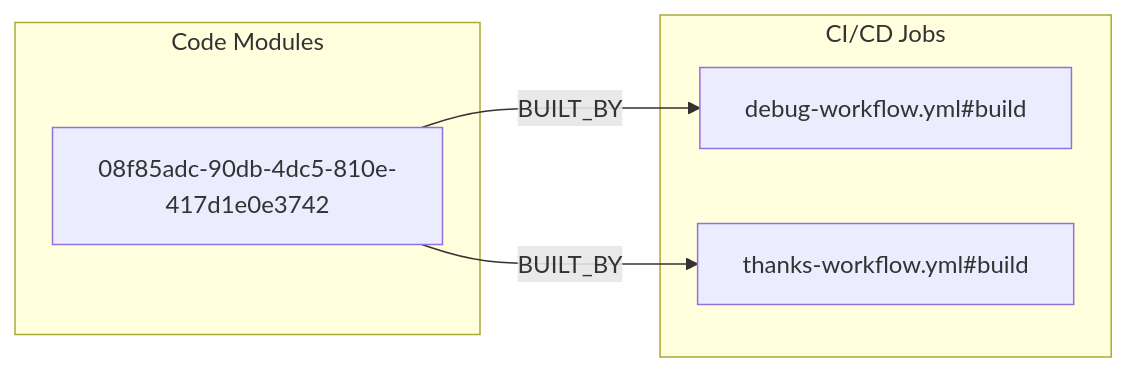
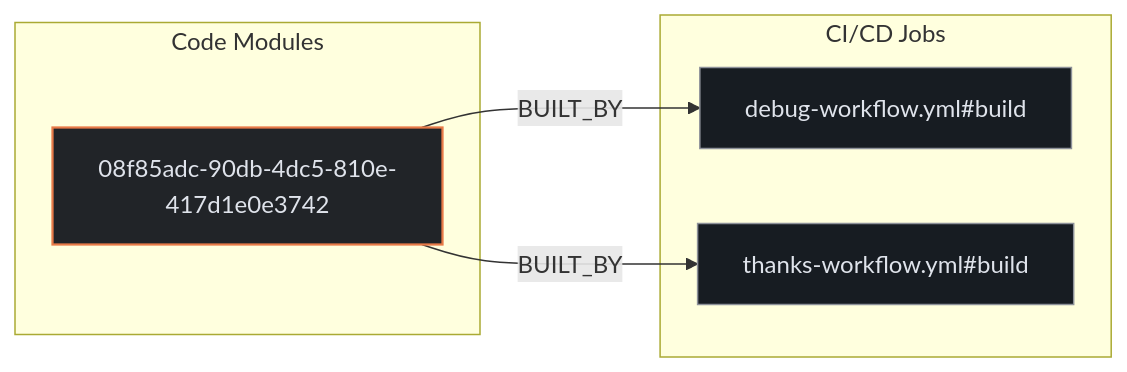
The second of 3 diagrams in exports/latest/reports/jeffrafter-example-github-action-typescript-report.md (kumarshaz/atruss-code-atlas), drawn with Mermaid before and after one commit. The commit also changed other lines of this file and 331 other files, not shown here.

Commit message:
docs,ui,fix: update SDLC docs, reorder CI/CD DAG first, stylize Mermaid, and fix Arc42 pipeline topology

````diff
--- a/exports/latest/reports/jeffrafter-example-github-action-typescript-report.md
+++ b/exports/latest/reports/jeffrafter-example-github-action-typescript-report.md
@@ -108,12 +115,16 @@
 ```mermaid
 flowchart LR
+    classDef atlasCategory fill:#212428,stroke:#E87A48,stroke-width:1.5px,color:#dfe3eb
+    classDef atlasWorkflow fill:#1b2026,stroke:#a3c9ff,stroke-width:1.5px,color:#dfe3eb
+    classDef atlasJob fill:#171c22,stroke:#8d9199,stroke-width:1px,color:#dfe3eb
+    classDef atlasTarget fill:#005227,stroke:#8bd99b,stroke-width:1.5px,color:#a7f6b6
     subgraph code_modules["Code Modules"]
-        mod_08f85adc_90db_4dc5_810e_417d1e0e3742["08f85adc-90db-4dc5-810e-417d1e0e3742"]
+        mod_08f85adc_90db_4dc5_810e_417d1e0e3742["08f85adc-90db-4dc5-810e-417d1e0e3742"]:::atlasCategory
     end
     subgraph ci_jobs["CI/CD Jobs"]
-        job_debug_workflow_yml_build["debug-workflow.yml#build"]
-        job_thanks_workflow_yml_build["thanks-workflow.yml#build"]
+        job_debug_workflow_yml_build["debug-workflow.yml#build"]:::atlasJob
+        job_thanks_workflow_yml_build["thanks-workflow.yml#build"]:::atlasJob
     end
     mod_08f85adc_90db_4dc5_810e_417d1e0e3742 -->|BUILT_BY| job_debug_workflow_yml_build
     mod_08f85adc_90db_4dc5_810e_417d1e0e3742 -->|BUILT_BY| job_thanks_workflow_yml_build
 ```
````
